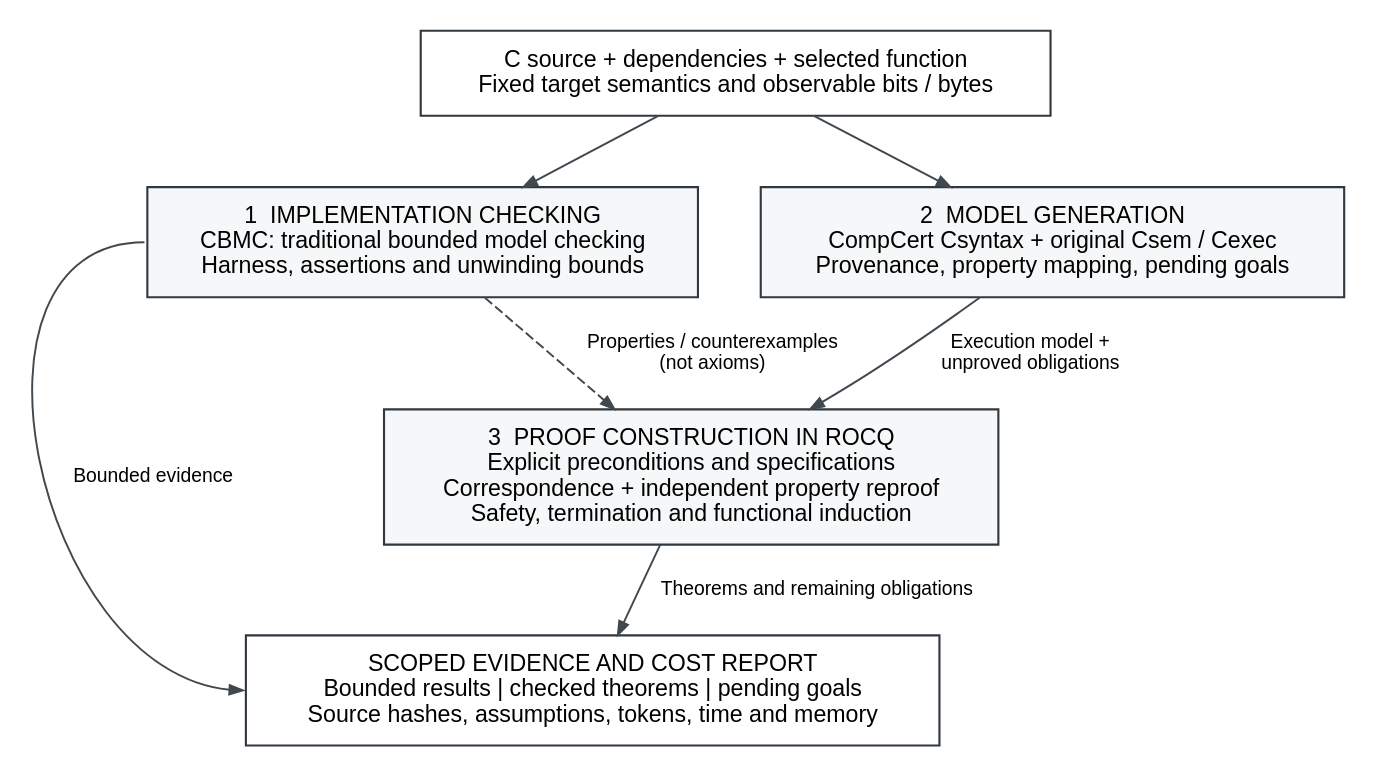
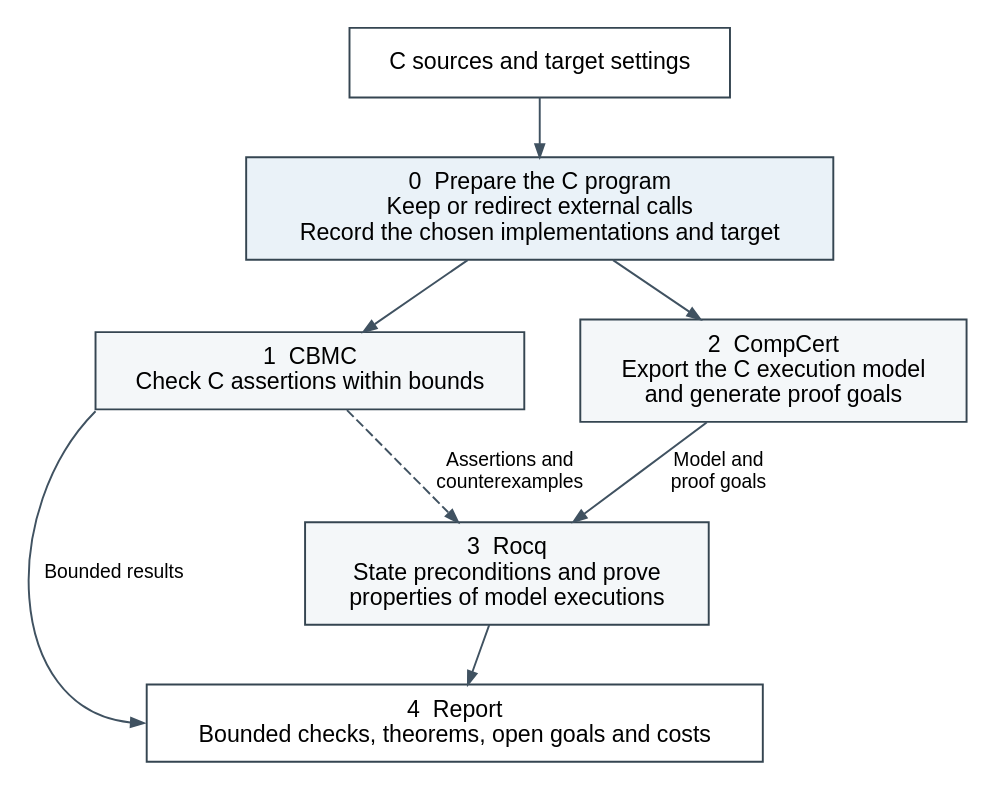
Before and after one commit to taylor-swift-13/FIVE: the diagram in docs/workflow.dot, drawn with Graphviz. The commit also changed 5 other files, not shown here.

```diff
--- a/docs/workflow.dot
+++ b/docs/workflow.dot
@@ -1,17 +1,22 @@
 digraph FIVE {
- graph [rankdir=TB, bgcolor="white", nodesep=0.45, ranksep=0.48, pad=0.12];
- node [shape=box, fontname="Helvetica", fontsize=12, color="#303840", penwidth=1.1, margin="0.18,0.12", style=filled, fillcolor="#F6F7F8"];
- edge [fontname="Helvetica", fontsize=10, color="#404850", arrowsize=0.7];
- input [label="C source + dependencies + selected function\nFixed target semantics and observable bits / bytes", fillcolor="white"];
- cbmc [label="1  IMPLEMENTATION CHECKING\nCBMC: traditional bounded model checking\nHarness, assertions and unwinding bounds"];
- model [label="2  MODEL GENERATION\nCompCert Csyntax + original Csem / Cexec\nProvenance, property mapping, pending goals"];
- proof [label="3  PROOF CONSTRUCTION IN ROCQ\nExplicit preconditions and specifications\nCorrespondence + independent property reproof\nSafety, termination and functional induction"];
- evidence [label="SCOPED EVIDENCE AND COST REPORT\nBounded results | checked theorems | pending goals\nSource hashes, assumptions, tokens, time and memory", fillcolor="white"];
- {rank=same; cbmc; model;}
- input -> cbmc;
- input -> model;
- cbmc -> proof [style=dashed, label="Properties / counterexamples\n(not axioms)"];
- model -> proof [label="Execution model +\nunproved obligations"];
- cbmc:w -> evidence:w [label="Bounded evidence", minlen=2];
- proof -> evidence [label="Theorems and remaining obligations"];
+  graph [rankdir=TB, bgcolor="white", nodesep=0.40, ranksep=0.42, pad=0.10];
+  node [shape=box, style=filled, color="#354551", fillcolor="#F4F7F9",
+        penwidth=1.0, fontname="Helvetica", fontsize=12, margin="0.15,0.10"];
+  edge [color="#405261", fontname="Helvetica", fontsize=10, arrowsize=0.67];
+
+  input [label="C sources and target settings", fillcolor="white"];
+  prepare [label="0  Prepare the C program\nKeep or redirect external calls\nRecord the chosen implementations and target", fillcolor="#EAF2F8"];
+  cbmc [label="1  CBMC\nCheck C assertions within bounds"];
+  compcert [label="2  CompCert\nExport the C execution model\nand generate proof goals"];
+  rocq [label="3  Rocq\nState preconditions and prove\nproperties of model executions"];
+  report [label="4  Report\nBounded checks, theorems, open goals and costs", fillcolor="white"];
+
+  {rank=same; cbmc; compcert;}
+  input -> prepare;
+  prepare -> cbmc;
+  prepare -> compcert;
+  cbmc -> rocq [style=dashed, label="Assertions and\ncounterexamples"];
+  compcert -> rocq [label="Model and\nproof goals"];
+  cbmc:sw -> report:w [label="Bounded results", minlen=2];
+  rocq -> report;
 }
```
